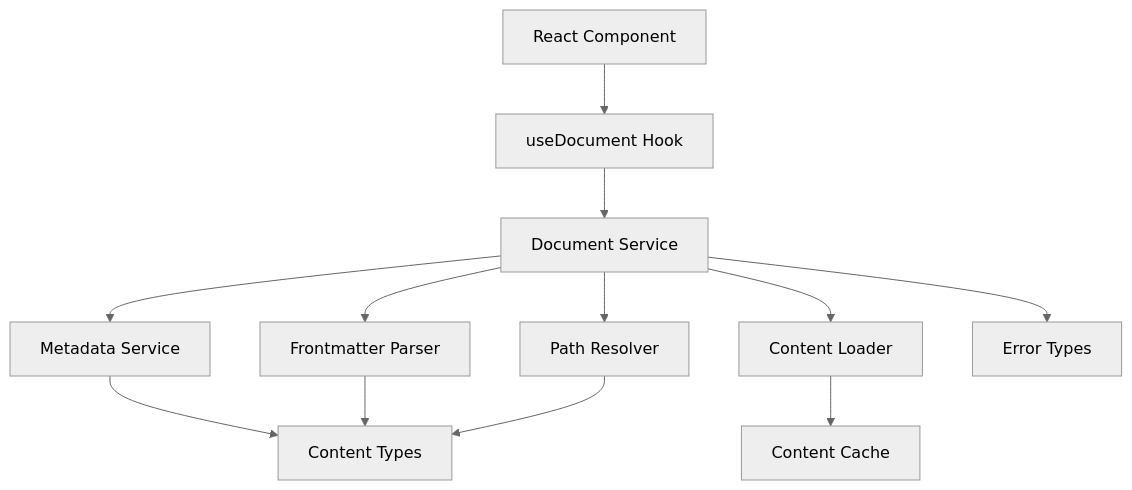
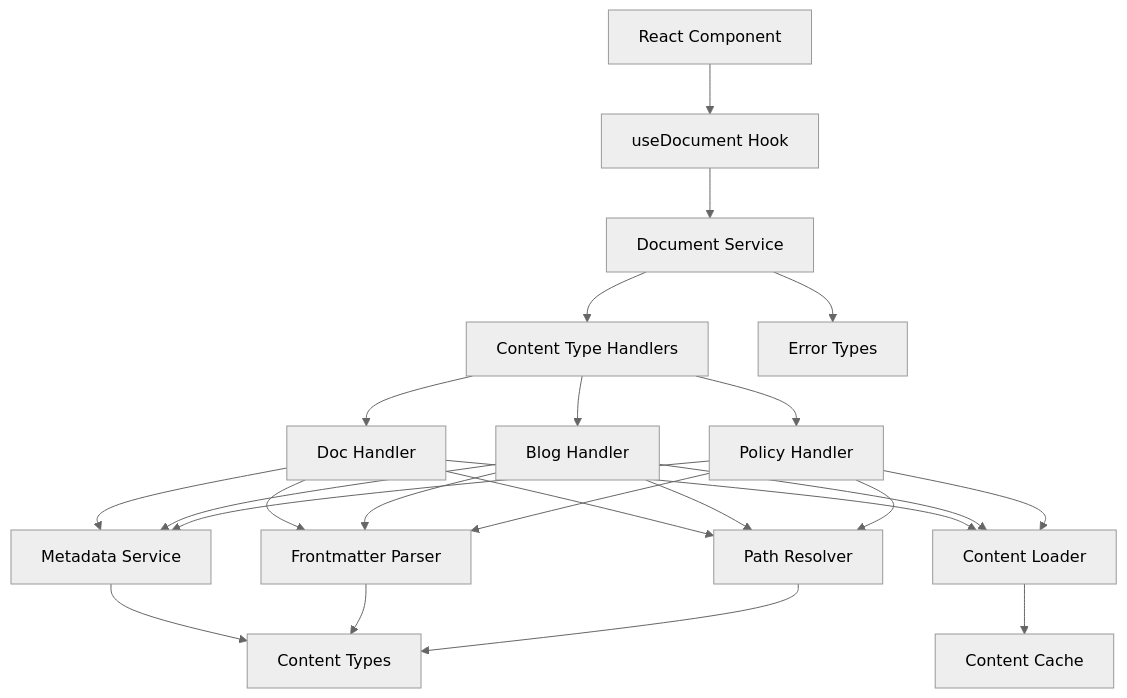
The diagram in src/lib/content/DESIGN.md (Mirascope/website), drawn with Mermaid (neutral theme) before and after one commit. The commit also changed other lines of this file and 1 other file, not shown here.

````diff
--- a/src/lib/content/DESIGN.md
+++ b/src/lib/content/DESIGN.md
@@ -9,14 +9,26 @@
 ```mermaid
 graph TD
     Component[React Component] --> useDocument[useDocument Hook]
     useDocument --> DocumentService[Document Service]
-    DocumentService --> PathResolver[Path Resolver]
-    DocumentService --> MetadataService[Metadata Service]
-    DocumentService --> ContentLoader[Content Loader]
-    DocumentService --> FrontmatterParser[Frontmatter Parser]
+    DocumentService --> ContentHandlers[Content Type Handlers]
+    ContentHandlers --> DocHandler[Doc Handler]
+    ContentHandlers --> BlogHandler[Blog Handler]
+    ContentHandlers --> PolicyHandler[Policy Handler]
+    DocHandler --> PathResolver[Path Resolver]
+    DocHandler --> MetadataService[Metadata Service]
+    DocHandler --> ContentLoader[Content Loader]
+    DocHandler --> FrontmatterParser[Frontmatter Parser]
+    BlogHandler --> PathResolver
+    BlogHandler --> MetadataService
+    BlogHandler --> ContentLoader
+    BlogHandler --> FrontmatterParser
+    PolicyHandler --> PathResolver
+    PolicyHandler --> MetadataService
+    PolicyHandler --> ContentLoader
+    PolicyHandler --> FrontmatterParser
     ContentLoader --> ContentCache[Content Cache]
     MetadataService --> ContentTypes[Content Types]
     FrontmatterParser --> ContentTypes
     PathResolver --> ContentTypes
     DocumentService --> ErrorHandling[Error Types]
 ```
````
